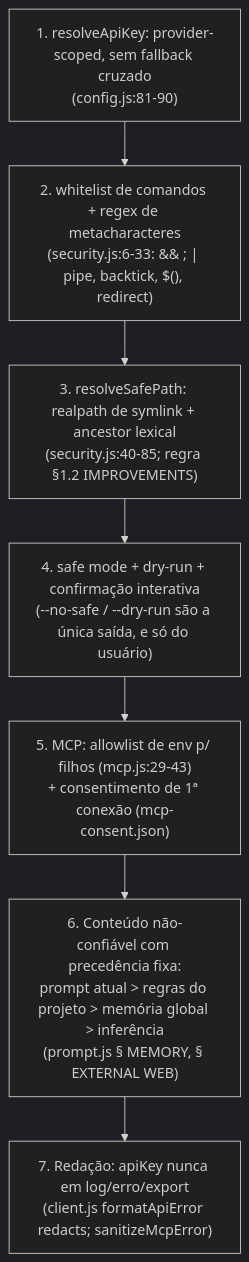
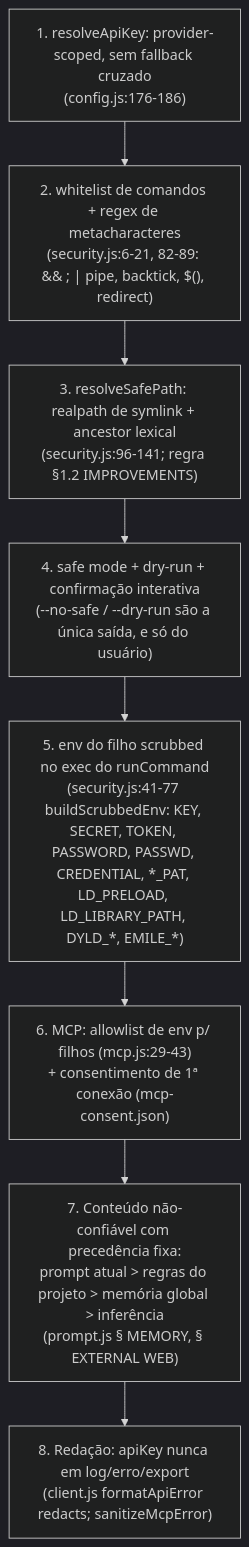
Before and after one commit to heyalmeida/emile-cli: the third of 5 diagrams in docs/deep-dive.md, drawn with Mermaid (dark theme). The commit also changed other lines of this file and 12 other files, not shown here.

````diff
--- a/docs/deep-dive.md
+++ b/docs/deep-dive.md
@@ -373,10 +373,11 @@
 ```mermaid
 flowchart TB
-  L1["1. resolveApiKey: provider-scoped, sem fallback cruzado<br/>(config.js:81-90)"] --> L2
-  L2["2. whitelist de comandos + regex de metacharacteres<br/>(security.js:6-33: && ; | pipe, backtick, $(), redirect)"] --> L3
-  L3["3. resolveSafePath: realpath de symlink + ancestor lexical<br/>(security.js:40-85; regra §1.2 IMPROVEMENTS)"] --> L4
+  L1["1. resolveApiKey: provider-scoped, sem fallback cruzado<br/>(config.js:176-186)"] --> L2
+  L2["2. whitelist de comandos + regex de metacharacteres<br/>(security.js:6-21, 82-89: && ; | pipe, backtick, $(), redirect)"] --> L3
+  L3["3. resolveSafePath: realpath de symlink + ancestor lexical<br/>(security.js:96-141; regra §1.2 IMPROVEMENTS)"] --> L4
   L4["4. safe mode + dry-run + confirmação interativa<br/>(--no-safe / --dry-run são a única saída, e só do usuário)"] --> L5
-  L5["5. MCP: allowlist de env p/ filhos (mcp.js:29-43)<br/>+ consentimento de 1ª conexão (mcp-consent.json)"] --> L6
-  L6["6. Conteúdo não-confiável com precedência fixa:<br/>prompt atual > regras do projeto > memória global > inferência<br/>(prompt.js § MEMORY, § EXTERNAL WEB)"] --> L7
-  L7["7. Redação: apiKey nunca em log/erro/export<br/>(client.js formatApiError redacts; sanitizeMcpError)"]
+  L5["5. env do filho scrubbed no exec do runCommand<br/>(security.js:41-77 buildScrubbedEnv: KEY, SECRET, TOKEN, PASSWORD, PASSWD, CREDENTIAL, *_PAT, LD_PRELOAD, LD_LIBRARY_PATH, DYLD_*, EMILE_*)"] --> L6
+  L6["6. MCP: allowlist de env p/ filhos (mcp.js:29-43)<br/>+ consentimento de 1ª conexão (mcp-consent.json)"] --> L7
+  L7["7. Conteúdo não-confiável com precedência fixa:<br/>prompt atual > regras do projeto > memória global > inferência<br/>(prompt.js § MEMORY, § EXTERNAL WEB)"] --> L8
+  L8["8. Redação: apiKey nunca em log/erro/export<br/>(client.js formatApiError redacts; sanitizeMcpError)"]
 ```
````
